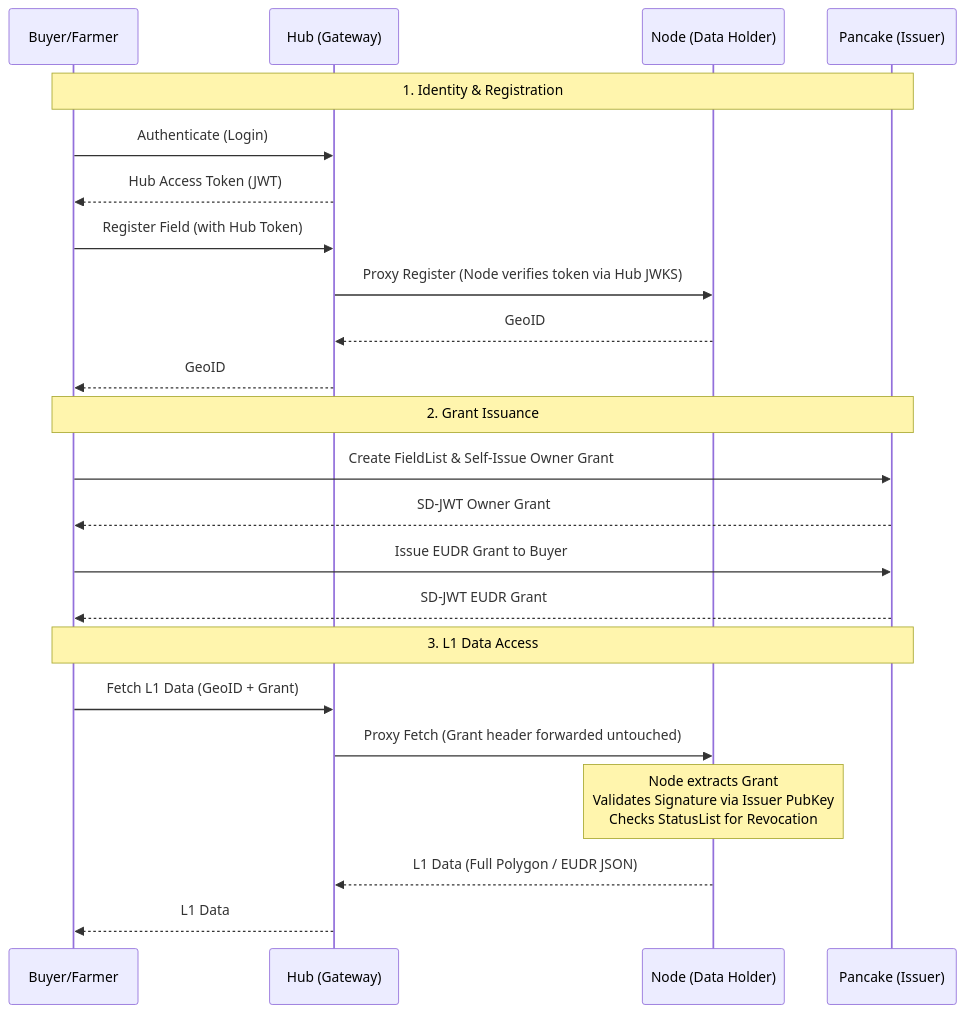
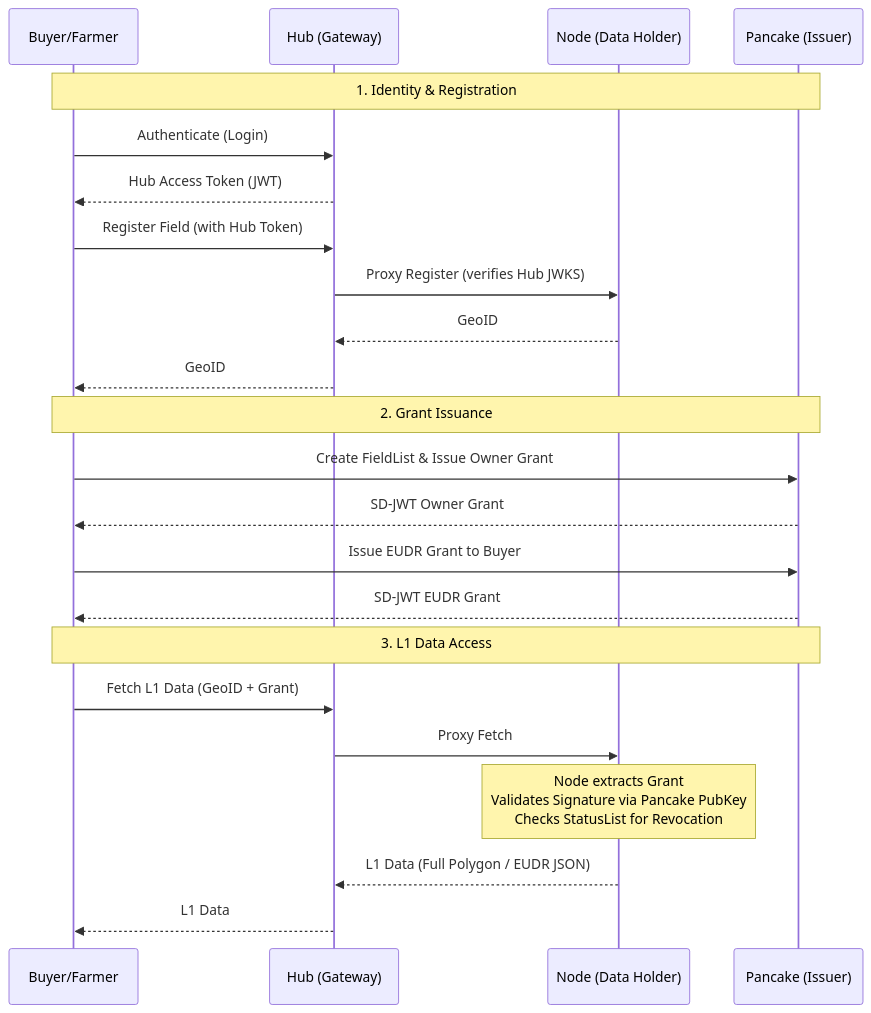
One commit to agstack/ar2 changed the diagram in ARCHITECTURE.md. Above: the diagram before and after it, drawn with Mermaid. The commit also changed other lines of this file, not shown here.

Commit message:
docs: trim ARCHITECTURE.md — keep masking level definitions and standards inventory/replaceability, revert other review additions

````diff
--- a/ARCHITECTURE.md
+++ b/ARCHITECTURE.md
@@ -21,28 +21,28 @@
 ```mermaid
 sequenceDiagram
     participant B as Buyer/Farmer
     participant H as Hub (Gateway)
     participant N as Node (Data Holder)
     participant P as Pancake (Issuer)
     
     Note over B,P: 1. Identity & Registration
     B->>H: Authenticate (Login)
     H-->>B: Hub Access Token (JWT)
     B->>H: Register Field (with Hub Token)
-    H->>N: Proxy Register (Node verifies token via Hub JWKS)
+    H->>N: Proxy Register (verifies Hub JWKS)
     N-->>H: GeoID
     H-->>B: GeoID
     
     Note over B,P: 2. Grant Issuance
-    B->>P: Create FieldList & Self-Issue Owner Grant
+    B->>P: Create FieldList & Issue Owner Grant
     P-->>B: SD-JWT Owner Grant
     B->>P: Issue EUDR Grant to Buyer
     P-->>B: SD-JWT EUDR Grant
     
     Note over B,P: 3. L1 Data Access
     B->>H: Fetch L1 Data (GeoID + Grant)
-    H->>N: Proxy Fetch (Grant header forwarded untouched)
-    Note over N: Node extracts Grant<br/>Validates Signature via Issuer PubKey<br/>Checks StatusList for Revocation
+    H->>N: Proxy Fetch
+    Note over N: Node extracts Grant<br/>Validates Signature via Pancake PubKey<br/>Checks StatusList for Revocation
     N-->>H: L1 Data (Full Polygon / EUDR JSON)
     H-->>B: L1 Data
 ```
````
